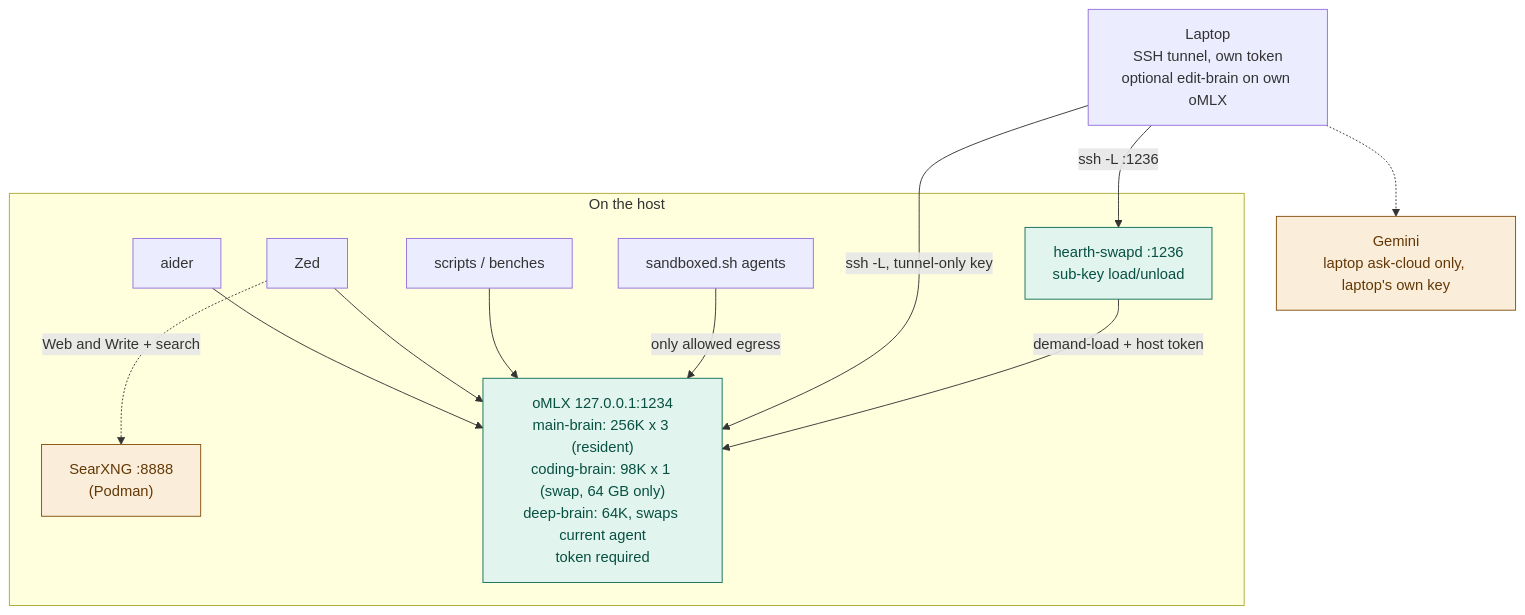
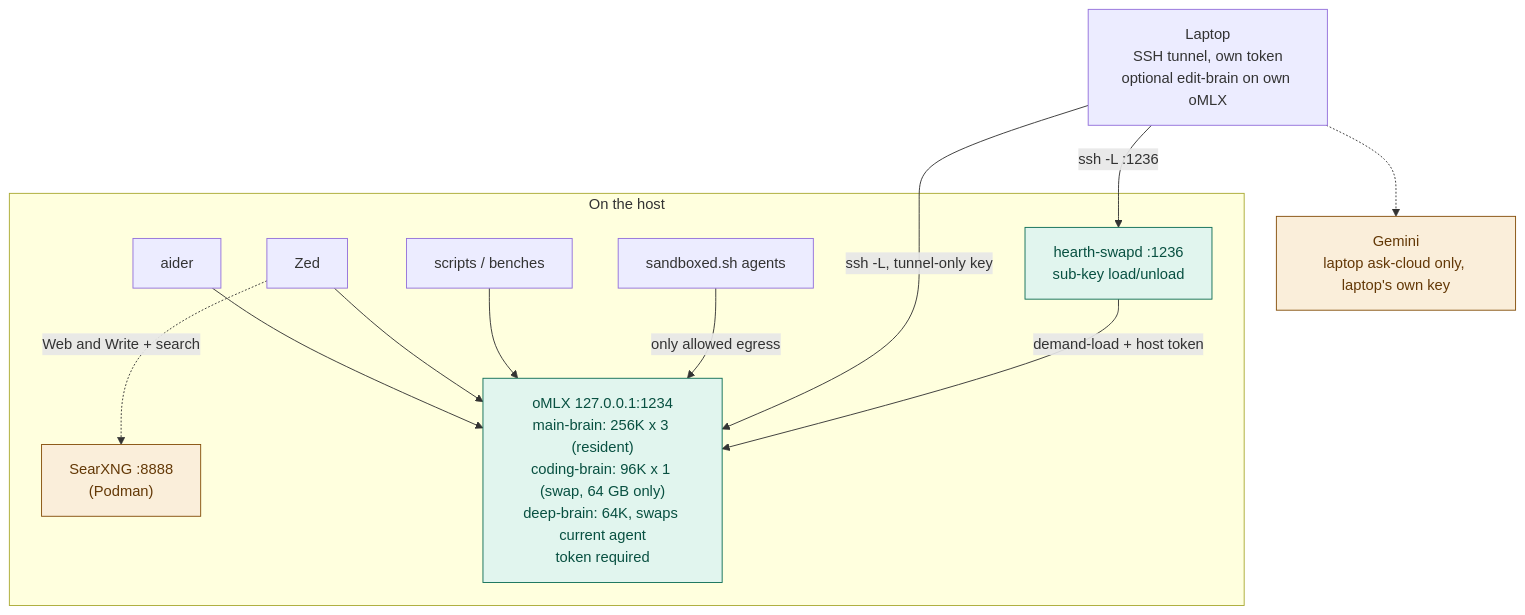
Before and after one commit to ouster/hearth: the first of 2 diagrams in docs/ARCHITECTURE.md, drawn with Mermaid. The commit also changed other lines of this file and 13 other files, not shown here.

````diff
--- a/docs/ARCHITECTURE.md
+++ b/docs/ARCHITECTURE.md
@@ -10,30 +10,30 @@
 ```mermaid
 flowchart TB
     subgraph onHost["On the host"]
         aider["aider"]
         zed["Zed"]
         scripts["scripts / benches"]
         searx["SearXNG :8888<br/>(Podman)"]
         sbx["sandboxed.sh agents"]
-        srv["oMLX 127.0.0.1:1234<br/>main-brain: 256K x 3 (resident)<br/>coding-brain: 98K x 1 (swap, 64 GB only)<br/>deep-brain: 64K, swaps current agent<br/>token required"]
+        srv["oMLX 127.0.0.1:1234<br/>main-brain: 256K x 3 (resident)<br/>coding-brain: 96K x 1 (swap, 64 GB only)<br/>deep-brain: 64K, swaps current agent<br/>token required"]
         swapd["hearth-swapd :1236<br/>sub-key load/unload"]
     end
 
     laptop["Laptop<br/>SSH tunnel, own token<br/>optional edit-brain on own oMLX"]
     cloud["Gemini<br/>laptop ask-cloud only, laptop's own key"]
 
     aider --> srv
     zed --> srv
     scripts --> srv
     zed -.->|"Web and Write + search"| searx
     sbx -->|"only allowed egress"| srv
     laptop -->|"ssh -L, tunnel-only key"| srv
     laptop -->|"ssh -L :1236"| swapd
     swapd -->|"demand-load + host token"| srv
     laptop -.-> cloud
 
     classDef localCls fill:#E1F5EE,stroke:#0F6E56,color:#085041
     classDef leaveCls fill:#FAEEDA,stroke:#854F0B,color:#633806
     class srv,swapd localCls
     class cloud,searx leaveCls
 ```
````
